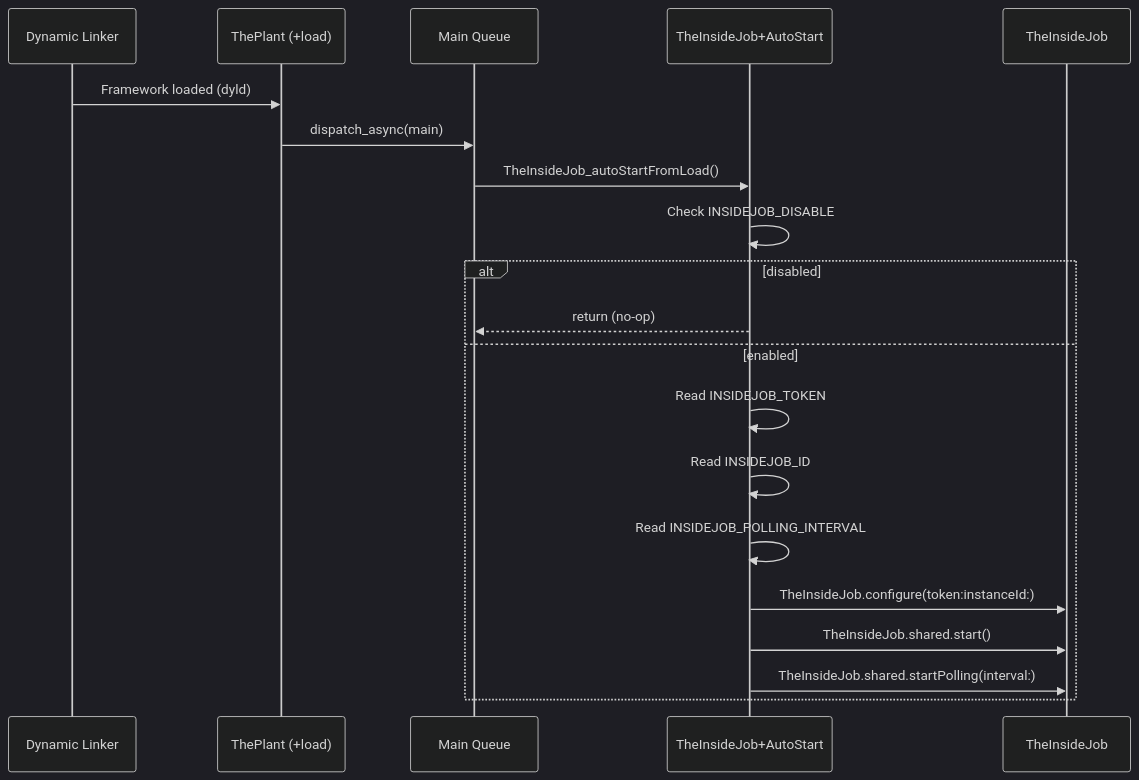
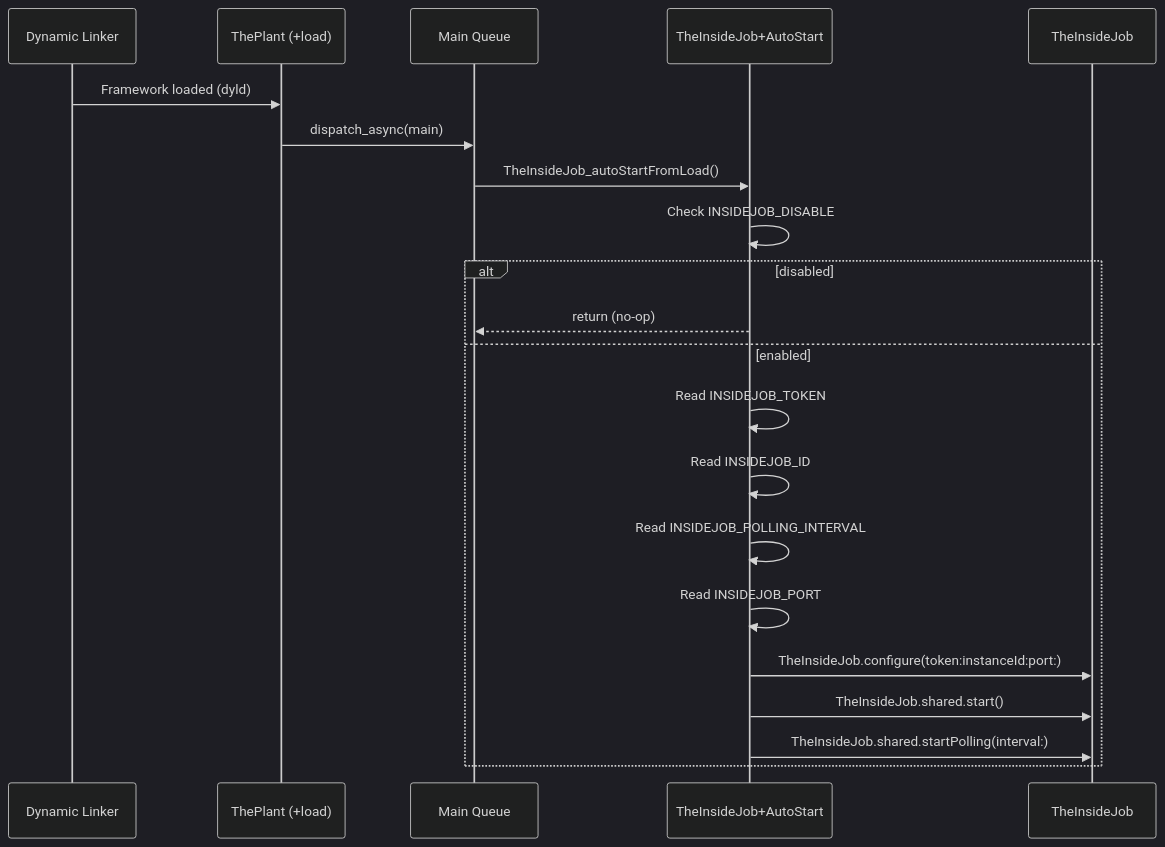
The first of 2 diagrams in docs/dossiers/08-THEPLANT.md (RoyalPineapple/TheButtonHeist), drawn with Mermaid (dark theme) before and after one commit. The commit also changed other lines of this file and 17 other files, not shown here.

````diff
--- a/docs/dossiers/08-THEPLANT.md
+++ b/docs/dossiers/08-THEPLANT.md
@@ -19,24 +19,25 @@
 ```mermaid
 sequenceDiagram
     participant DL as Dynamic Linker
     participant TP as ThePlant (+load)
     participant MQ as Main Queue
     participant AS as TheInsideJob+AutoStart
     participant IJ as TheInsideJob
 
     DL->>TP: Framework loaded (dyld)
     TP->>MQ: dispatch_async(main)
     MQ->>AS: TheInsideJob_autoStartFromLoad()
 
     AS->>AS: Check INSIDEJOB_DISABLE
     alt disabled
         AS-->>MQ: return (no-op)
     else enabled
         AS->>AS: Read INSIDEJOB_TOKEN
         AS->>AS: Read INSIDEJOB_ID
         AS->>AS: Read INSIDEJOB_POLLING_INTERVAL
-        AS->>IJ: TheInsideJob.configure(token:instanceId:)
+        AS->>AS: Read INSIDEJOB_PORT
+        AS->>IJ: TheInsideJob.configure(token:instanceId:port:)
         AS->>IJ: TheInsideJob.shared.start()
         AS->>IJ: TheInsideJob.shared.startPolling(interval:)
     end
 ```
````
